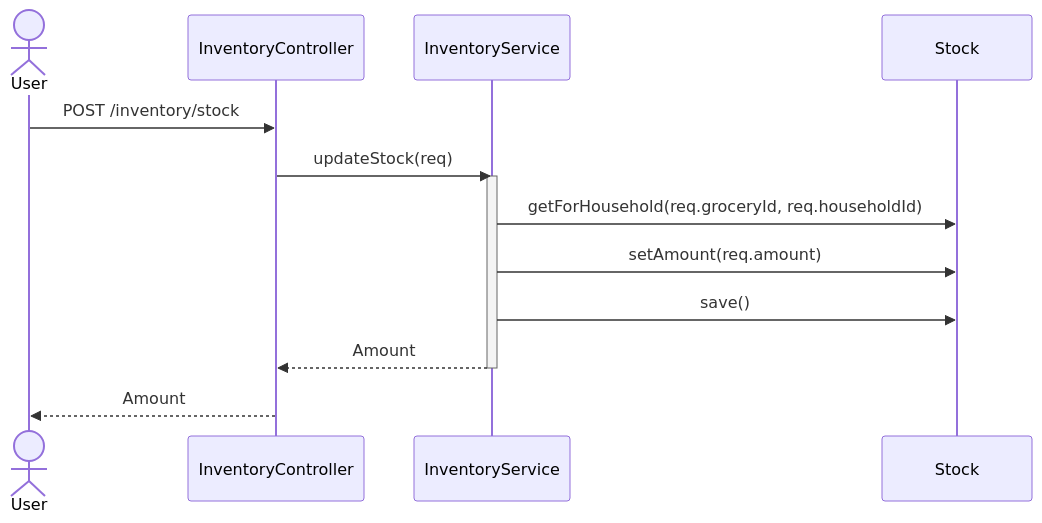
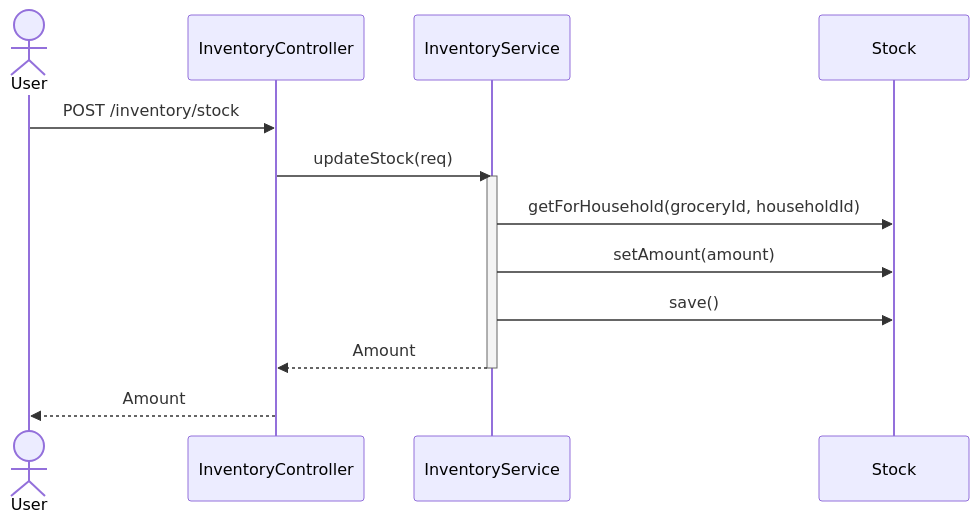
One commit to danielplan/wastend changed the sixth of 7 diagrams in docs/user-journeys.md. Above: the diagram before and after it, drawn with Mermaid. The commit also changed other lines of this file and 8 other files, not shown here.

````diff
--- a/docs/user-journeys.md
+++ b/docs/user-journeys.md
@@ -120,13 +120,13 @@
 ```mermaid
 sequenceDiagram
     actor User
     User ->> InventoryController: POST /inventory/stock
     InventoryController ->> InventoryService: updateStock(req)
     activate InventoryService
-    InventoryService ->> Stock: getForHousehold(req.groceryId, req.householdId)
-    InventoryService ->> Stock: setAmount(req.amount)
+    InventoryService ->> Stock: getForHousehold(groceryId, householdId)
+    InventoryService ->> Stock: setAmount(amount)
     InventoryService ->> Stock: save()
     InventoryService -->> InventoryController: Amount
     deactivate InventoryService
     InventoryController -->> User: Amount
 ```
````
